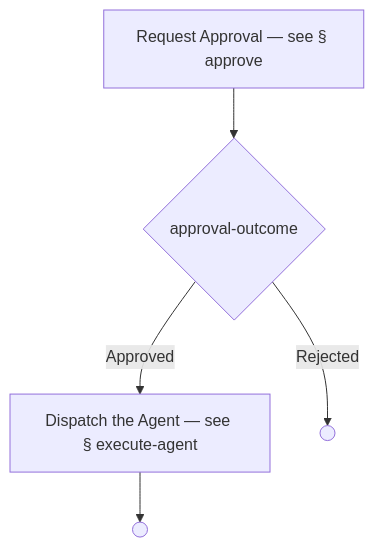
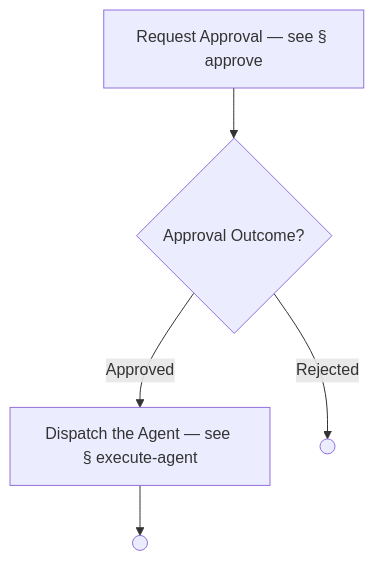
Before and after one commit to optivem/gh-optivem: diagram 49 of 53 in docs/process-diagram.md, drawn with Mermaid. The commit also changed other lines of this file and 16 other files, not shown here.

Commit message:
atdd: regenerate process-flow diagram

````diff
--- a/docs/process-diagram.md
+++ b/docs/process-diagram.md
@@ -778,13 +809,13 @@
 ```mermaid
 flowchart TD
     APPROVE_PRE[Request Approval — see § approve]
     EXECUTE_AGENT[Dispatch the Agent — see § execute-agent]
     FIX_END(( ))
     FIX_REJECTED_END(( ))
-    GATE_APPROVED_PRE{approval-outcome}
+    GATE_APPROVED_PRE{Approval Outcome?}
 
     APPROVE_PRE --> GATE_APPROVED_PRE
     GATE_APPROVED_PRE -- Approved --> EXECUTE_AGENT
     GATE_APPROVED_PRE -- Rejected --> FIX_REJECTED_END
     EXECUTE_AGENT --> FIX_END
 ```
````
